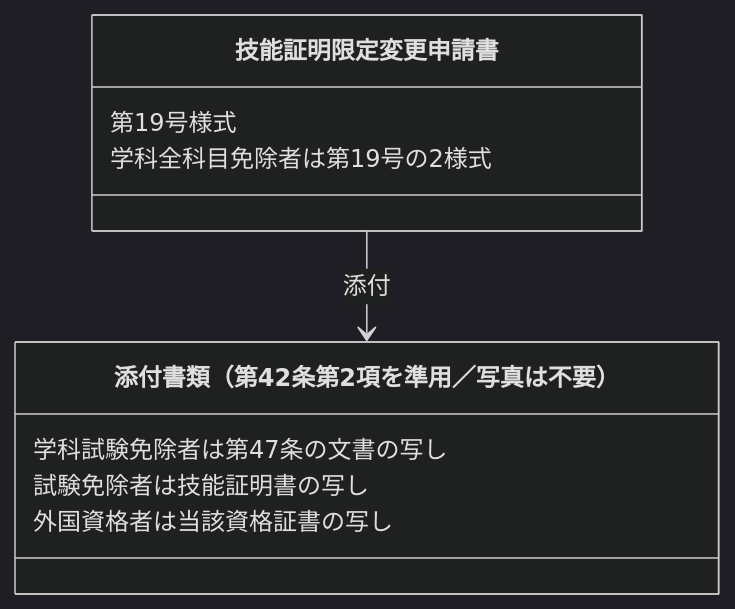
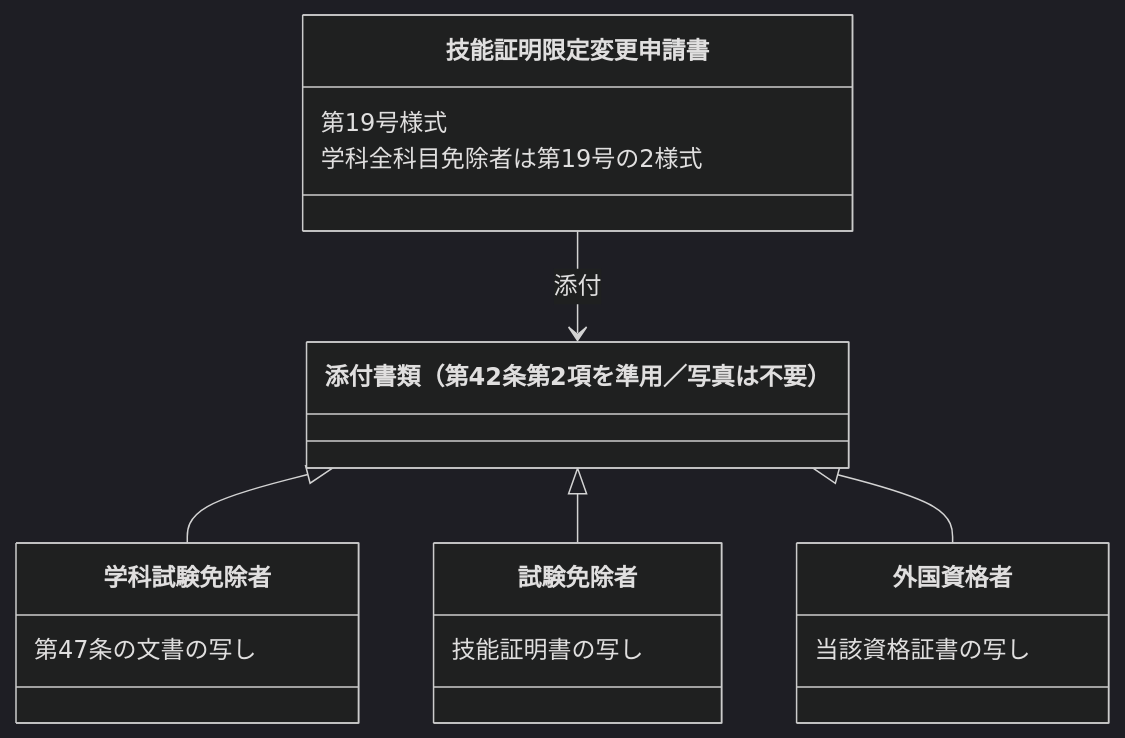
One commit to yonemotoBB/pil changed diagram 15 of 23 in chapters/04_第四章.md. Above: the diagram before and after it, drawn with Mermaid (dark theme).

Commit message:
第二十九条の二 添付書類を申請者区分ごとの継承形に変更

````diff
--- a/chapters/04_第四章.md
+++ b/chapters/04_第四章.md
@@ -583,11 +583,20 @@
 ```mermaid
 classDiagram
     class form["技能証明限定変更申請書"]
     form : 第19号様式
     form : 学科全科目免除者は第19号の2様式
+
     class docs["添付書類（第42条第2項を準用／写真は不要）"]
-    docs : 学科試験免除者は第47条の文書の写し
-    docs : 試験免除者は技能証明書の写し
-    docs : 外国資格者は当該資格証書の写し
     form --> docs : 添付
+
+    class d1["学科試験免除者"]
+    d1 : 第47条の文書の写し
+    class d2["試験免除者"]
+    d2 : 技能証明書の写し
+    class d3["外国資格者"]
+    d3 : 当該資格証書の写し
+
+    docs <|-- d1
+    docs <|-- d2
+    docs <|-- d3
 ```
````
